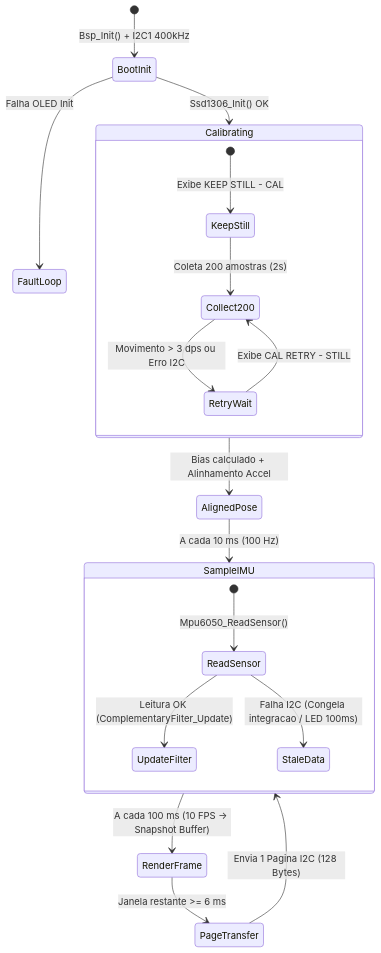
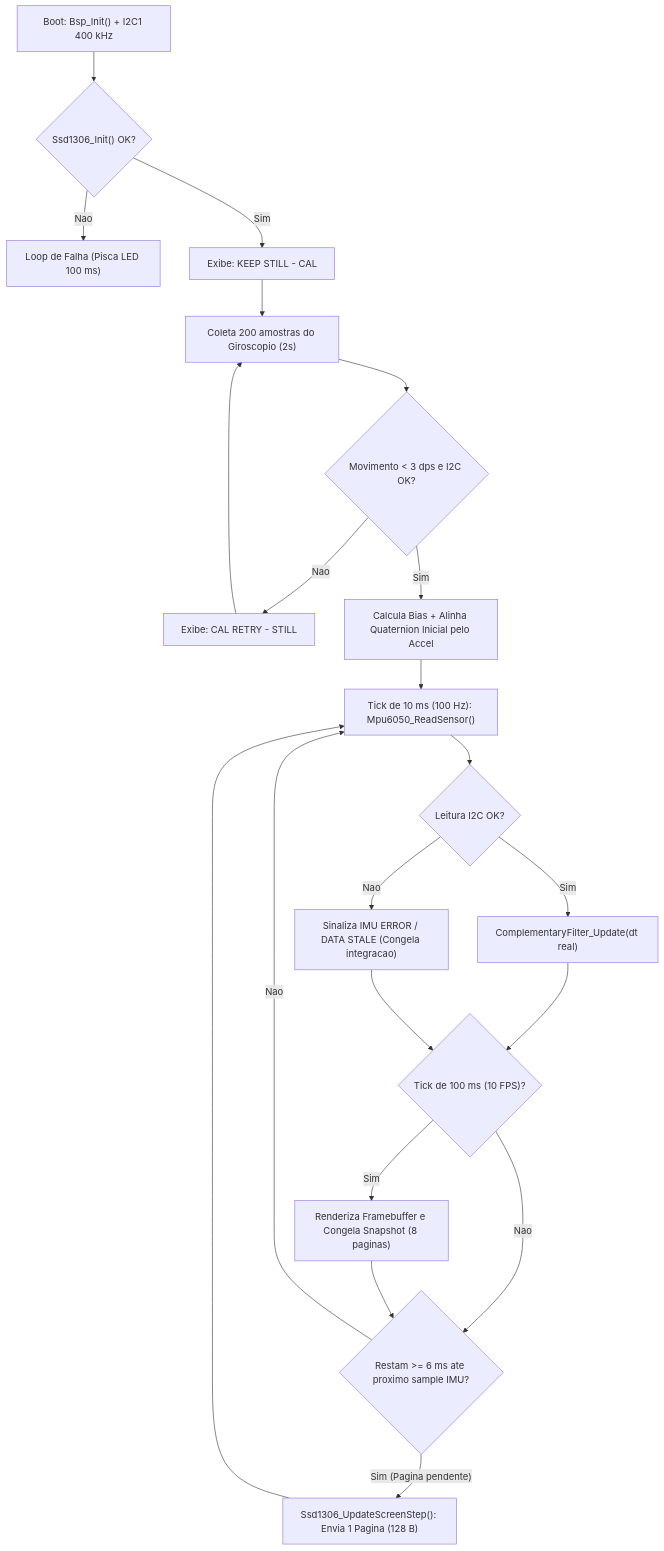
The third of 3 diagrams in README.md (Rodriguesmath/lab3-i2c-imu-oled), drawn with Mermaid before and after one commit. The commit also changed other lines of this file, not shown here.

Commit message:
fix(readme): corrige sintaxe Mermaid, blocos LaTeX MathJax e ancoras GFM para renderizacao no GitHub

````diff
--- a/README.md
+++ b/README.md
@@ -125,26 +125,23 @@
 ```mermaid
-stateDiagram-v2
-    [*] --> BootInit: Bsp_Init() + I2C1 400kHz
-    BootInit --> FaultLoop: Falha OLED Init
-    BootInit --> Calibrating: Ssd1306_Init() OK
-
-    state Calibrating {
-        [*] --> KeepStill: Exibe KEEP STILL - CAL
-        KeepStill --> Collect200: Coleta 200 amostras (2s)
-        Collect200 --> RetryWait: Movimento > 3 dps ou Erro I2C
-        RetryWait --> Collect200: Exibe CAL RETRY - STILL
-    }
-
-    Calibrating --> AlignedPose: Bias calculado + Alinhamento Accel
-    AlignedPose --> SampleIMU: A cada 10 ms (100 Hz)
-
-    state SampleIMU {
-        [*] --> ReadSensor: Mpu6050_ReadSensor()
-        ReadSensor --> UpdateFilter: Leitura OK (ComplementaryFilter_Update)
-        ReadSensor --> StaleData: Falha I2C (Congela integracao / LED 100ms)
-    }
-
-    SampleIMU --> RenderFrame: A cada 100 ms (10 FPS -> Snapshot Buffer)
-    RenderFrame --> PageTransfer: Janela restante >= 6 ms
-    PageTransfer --> SampleIMU: Envia 1 Pagina I2C (128 Bytes)
+flowchart TD
+    BOOT["Boot: Bsp_Init() + I2C1 400 kHz"] --> OLED_OK{"Ssd1306_Init() OK?"}
+    OLED_OK -- "Nao" --> FAULT["Loop de Falha (Pisca LED 100 ms)"]
+    OLED_OK -- "Sim" --> CAL_MSG["Exibe: KEEP STILL - CAL"]
+    CAL_MSG --> CAL_RUN["Coleta 200 amostras do Giroscopio (2s)"]
+    CAL_RUN --> CAL_CHK{"Movimento < 3 dps e I2C OK?"}
+    CAL_CHK -- "Nao" --> CAL_RETRY["Exibe: CAL RETRY - STILL"]
+    CAL_RETRY --> CAL_RUN
+    CAL_CHK -- "Sim" --> ALIGN["Calcula Bias + Alinha Quaternion Inicial pelo Accel"]
+    ALIGN --> LOOP_100HZ["Tick de 10 ms (100 Hz): Mpu6050_ReadSensor()"]
+    LOOP_100HZ --> IMU_OK{"Leitura I2C OK?"}
+    IMU_OK -- "Sim" --> FILTER["ComplementaryFilter_Update(dt real)"]
+    IMU_OK -- "Nao" --> STALE["Sinaliza IMU ERROR / DATA STALE (Congela integracao)"]
+    FILTER --> FRAME_10HZ{"Tick de 100 ms (10 FPS)?"}
+    STALE --> FRAME_10HZ
+    FRAME_10HZ -- "Sim" --> SNAP["Renderiza Framebuffer e Congela Snapshot (8 paginas)"]
+    FRAME_10HZ -- "Nao" --> BUDGET{"Restam >= 6 ms ate proximo sample IMU?"}
+    SNAP --> BUDGET
+    BUDGET -- "Sim (Pagina pendente)" --> PAGE_TX["Ssd1306_UpdateScreenStep(): Envia 1 Pagina (128 B)"]
+    BUDGET -- "Nao" --> LOOP_100HZ
+    PAGE_TX --> LOOP_100HZ
 ```
````
